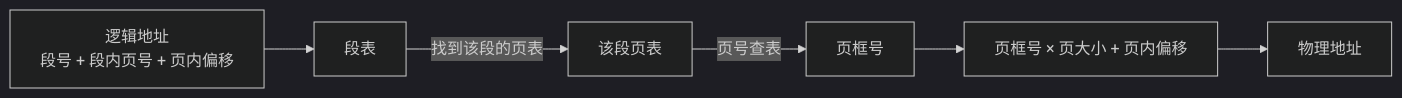
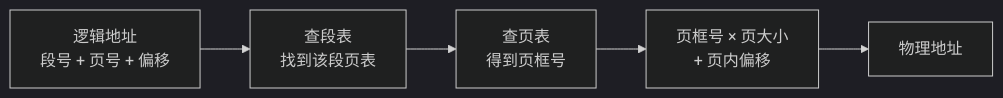
One commit to 74262195/system-architect-notes changed diagram 13 of 13 in 01_综合知识/01_计算机基础知识/02_操作系统/存储管理.md. Above: the diagram before and after it, drawn with Mermaid (dark theme). The commit also changed other lines of this file, not shown here.

Commit message:
docs: polish memory diagrams and remove duplication

````diff
--- a/01_综合知识/01_计算机基础知识/02_操作系统/存储管理.md
+++ b/01_综合知识/01_计算机基础知识/02_操作系统/存储管理.md
@@ -674,8 +652,7 @@
 ```mermaid
 flowchart LR
-  A[逻辑地址\n段号 + 段内页号 + 页内偏移] --> B[段表]
-  B -->|找到该段的页表| C[该段页表]
-  C -->|页号查表| D[页框号]
-  D --> E[页框号 × 页大小 + 页内偏移]
-  E --> F[物理地址]
+  A[逻辑地址<br/>段号 + 页号 + 偏移] --> B[查段表<br/>找到该段页表]
+  B --> C[查页表<br/>得到页框号]
+  C --> D[页框号 × 页大小<br/>+ 页内偏移]
+  D --> E[物理地址]
 ```
````
